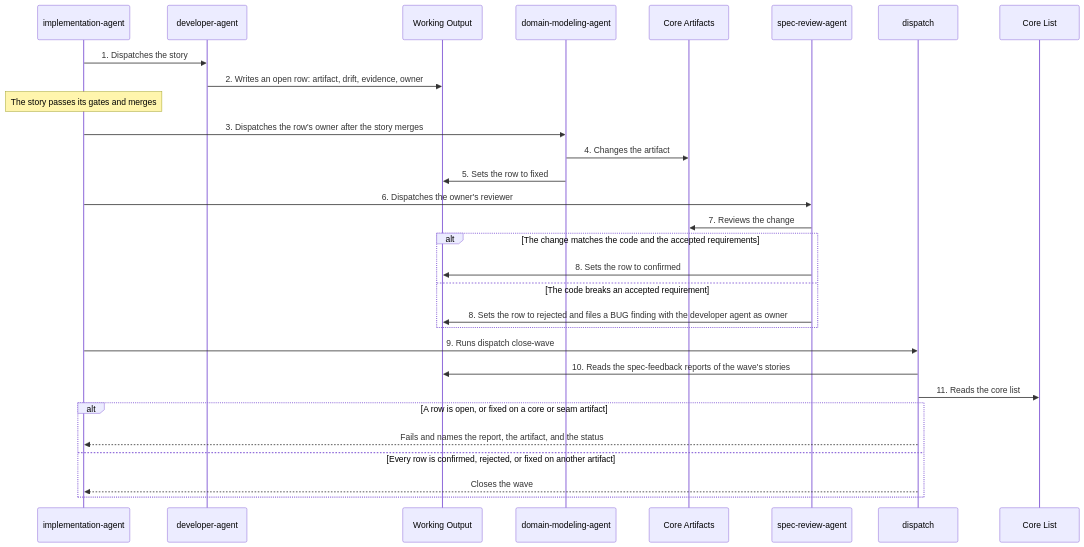
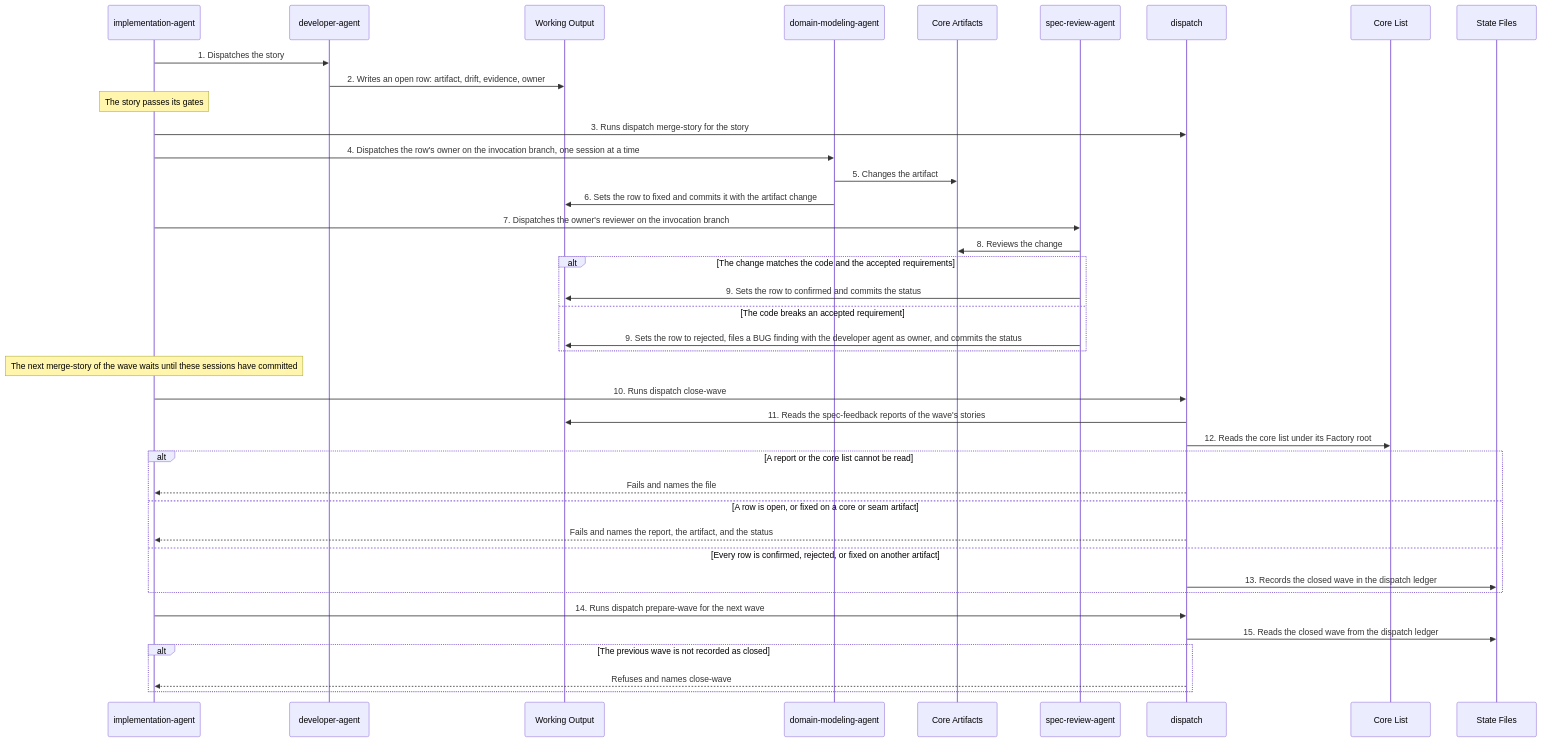
One commit to matthiasdaues/agent_factory changed diagram 21 of 21 in docs/arc42/06_runtime_view.md. Above: the diagram before and after it, drawn with Mermaid. The commit also changed other lines of this file and 20 other files, not shown here.

First line of the commit message:
docs: ATAM review of core-artifact-ownership

````diff
--- a/docs/arc42/06_runtime_view.md
+++ b/docs/arc42/06_runtime_view.md
@@ -702,33 +702,43 @@
 ```mermaid
 sequenceDiagram
     participant IA as implementation-agent
     participant DA as developer-agent
     participant WO as Working Output
     participant DMA as domain-modeling-agent
     participant CA as Core Artifacts
     participant SRA as spec-review-agent
     participant D as dispatch
     participant CL as Core List
+    participant SF as State Files
 
     IA->>DA: 1. Dispatches the story
     DA->>WO: 2. Writes an open row: artifact, drift, evidence, owner
-    Note over IA: The story passes its gates and merges
-    IA->>DMA: 3. Dispatches the row's owner after the story merges
-    DMA->>CA: 4. Changes the artifact
-    DMA->>WO: 5. Sets the row to fixed
-    IA->>SRA: 6. Dispatches the owner's reviewer
-    SRA->>CA: 7. Reviews the change
+    Note over IA: The story passes its gates
+    IA->>D: 3. Runs dispatch merge-story for the story
+    IA->>DMA: 4. Dispatches the row's owner on the invocation branch, one session at a time
+    DMA->>CA: 5. Changes the artifact
+    DMA->>WO: 6. Sets the row to fixed and commits it with the artifact change
+    IA->>SRA: 7. Dispatches the owner's reviewer on the invocation branch
+    SRA->>CA: 8. Reviews the change
     alt The change matches the code and the accepted requirements
-        SRA->>WO: 8. Sets the row to confirmed
+        SRA->>WO: 9. Sets the row to confirmed and commits the status
     else The code breaks an accepted requirement
-        SRA->>WO: 8. Sets the row to rejected and files a BUG finding with the developer agent as owner
+        SRA->>WO: 9. Sets the row to rejected, files a BUG finding with the developer agent as owner, and commits the status
     end
-    IA->>D: 9. Runs dispatch close-wave
-    D->>WO: 10. Reads the spec-feedback reports of the wave's stories
-    D->>CL: 11. Reads the core list
-    alt A row is open, or fixed on a core or seam artifact
+    Note over IA: The next merge-story of the wave waits until these sessions have committed
+    IA->>D: 10. Runs dispatch close-wave
+    D->>WO: 11. Reads the spec-feedback reports of the wave's stories
+    D->>CL: 12. Reads the core list under its Factory root
+    alt A report or the core list cannot be read
+        D-->>IA: Fails and names the file
+    else A row is open, or fixed on a core or seam artifact
         D-->>IA: Fails and names the report, the artifact, and the status
     else Every row is confirmed, rejected, or fixed on another artifact
-        D-->>IA: Closes the wave
+        D->>SF: 13. Records the closed wave in the dispatch ledger
+    end
+    IA->>D: 14. Runs dispatch prepare-wave for the next wave
+    D->>SF: 15. Reads the closed wave from the dispatch ledger
+    alt The previous wave is not recorded as closed
+        D-->>IA: Refuses and names close-wave
     end
 ```
````
